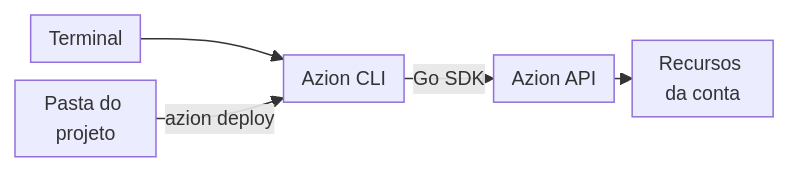
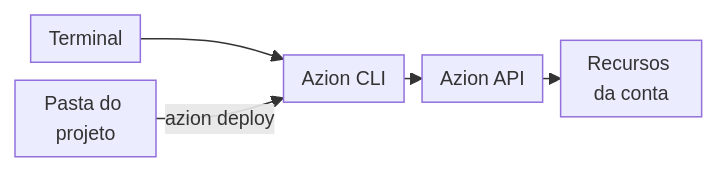
Before and after one commit to aziontech/docs: the diagram in apps/docs/src/content/docs/pt-br/pages/devtools/cli/azion-cli/azion-overview/azion-overview.mdx, drawn with Mermaid. The commit also changed other lines of this file and 31 other files, not shown here.

````diff
--- a/apps/docs/src/content/docs/pt-br/pages/devtools/cli/azion-cli/azion-overview/azion-overview.mdx
+++ b/apps/docs/src/content/docs/pt-br/pages/devtools/cli/azion-cli/azion-overview/azion-overview.mdx
@@ -35,8 +35,8 @@
 ```mermaid
 %%{init: {"layout": "dagre", "themeVariables": {"fontSize": "13px"}, "flowchart": {"nodeSpacing": 12, "rankSpacing": 12, "padding": 6, "wrappingWidth": 70, "minNodeWidth": 40, "useMaxWidth": true}}}%%
 flowchart LR
   Term["Terminal"] --> Cli["Azion CLI"]
   Proj["Pasta do projeto"] -->|"azion deploy"| Cli
-  Cli -->|"Go SDK"| Api["Azion API"]
+  Cli --> Api["Azion API"]
   Api --> Res["Recursos da conta"]
 ```
````
